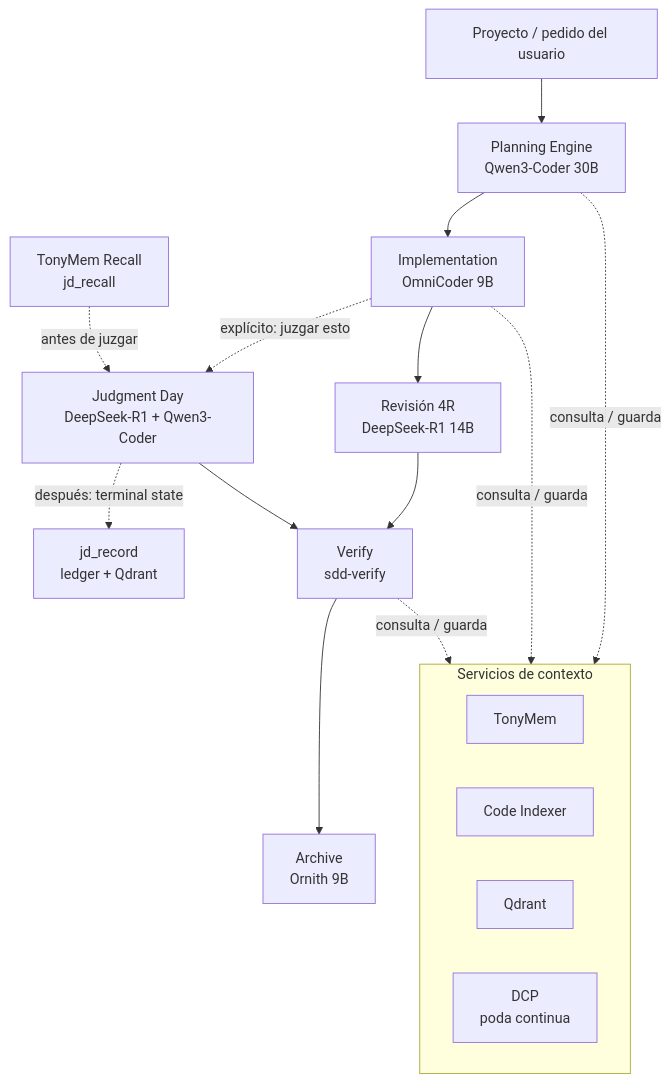
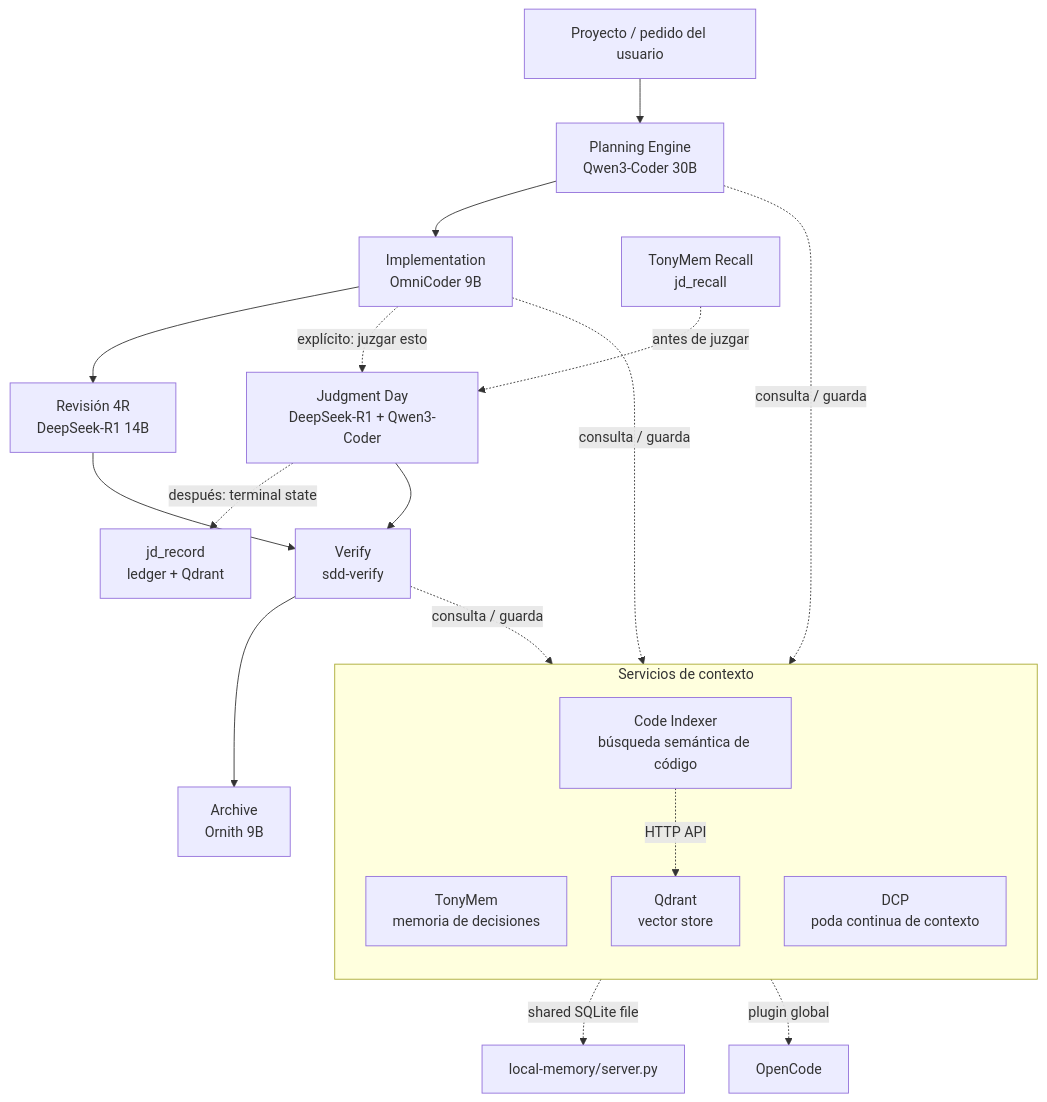
The diagram in README.md (gastoncelestino/tony-ai), drawn with Mermaid before and after one commit. The commit also changed other lines of this file and 4 other files, not shown here.

````diff
--- a/README.md
+++ b/README.md
@@ -23,26 +23,31 @@
 ```mermaid
 flowchart TD
     U["Proyecto / pedido del usuario"] --> P["Planning Engine<br/>Qwen3-Coder 30B"]
     P --> I["Implementation<br/>OmniCoder 9B"]
 
     I --> R4["Revisión 4R<br/>DeepSeek-R1 14B"]
     I -.->|"explícito: juzgar esto"| JD["Judgment Day<br/>DeepSeek-R1 + Qwen3-Coder"]
 
     JDM["TonyMem Recall<br/>jd_recall"] -.->|"antes de juzgar"| JD
     JD -.->|"después: terminal state"| JDR["jd_record<br/>ledger + Qdrant"]
 
     R4 --> V["Verify<br/>sdd-verify"]
     JD --> V
     V --> A["Archive<br/>Ornith 9B"]
 
     P -.->|"consulta / guarda"| CTX
     I -.->|"consulta / guarda"| CTX
     V -.->|"consulta / guarda"| CTX
 
     subgraph CTX["Servicios de contexto"]
-        TM["TonyMem"]
-        CI["Code Indexer"]
-        QD["Qdrant"]
-        DCP["DCP<br/>poda continua"]
+        direction TB
+        TM["TonyMem<br/>memoria de decisiones"]
+        CI["Code Indexer<br/>búsqueda semántica de código"]
+        QD["Qdrant<br/>vector store"]
+        DCP["DCP<br/>poda continua de contexto"]
     end
+
+    TM -.->|"shared SQLite file"| TM2["local-memory/server.py"]
+    CI -.->|"HTTP API"| QD
+    DCP -.->|"plugin global"| OC["OpenCode"]
 ```
````
